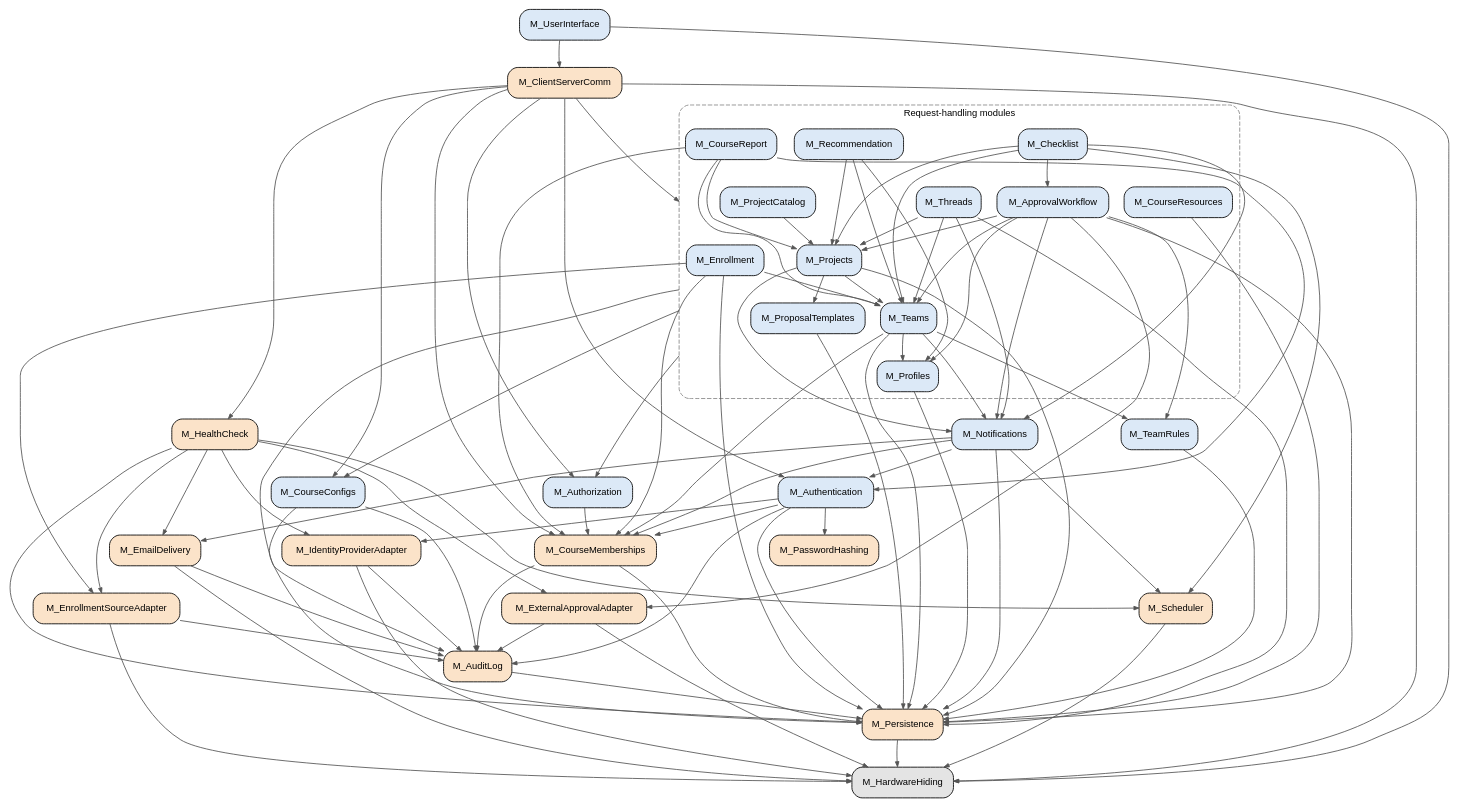
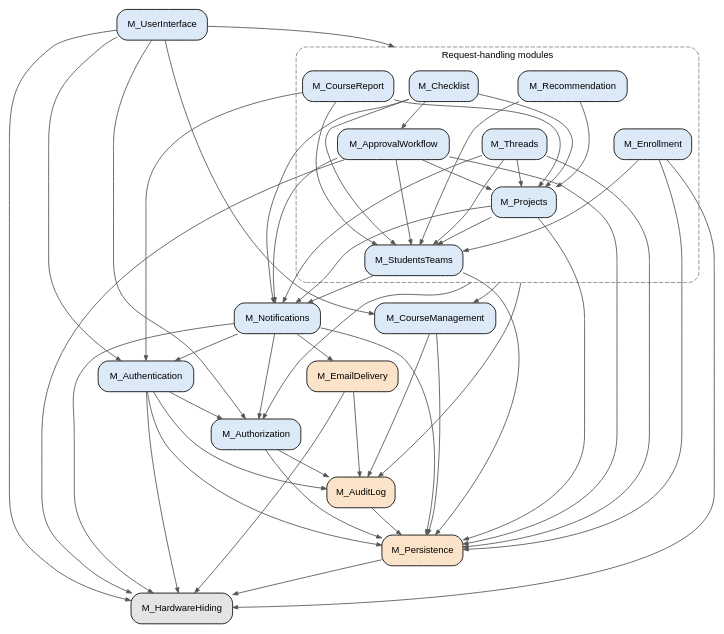
The diagram in docs/Design/SoftArchitecture/UsesHierarchy.dot (Ayushpatel2026/Keystone), drawn with Graphviz before and after one commit. The commit also changed 3 other files, not shown here.

```diff
--- a/docs/Design/SoftArchitecture/UsesHierarchy.dot
+++ b/docs/Design/SoftArchitecture/UsesHierarchy.dot
@@ -1,130 +1,106 @@
 // Uses hierarchy for the Keystone Module Guide (MG.tex, Section "Use Hierarchy
 // Between Modules").
 //
 // An arrow A -> B means "A uses B": A needs a correct B to do its job.
 // Arrows point down. Graphviz works out the layers on its own.
 //
 // The build renders this file to UsesHierarchy.pdf and fails if the graph has
 // a cycle. Preview locally:  dot -Tpdf UsesHierarchy.dot -o UsesHierarchy.pdf
 
 digraph UsesHierarchy {
   compound = true;     // lets an arrow start or end at a box (cluster)
   newrank = true;
   rankdir = TB;
   nodesep = 0.25;
   ranksep = 0.45;
   node [shape = box, style = "rounded,filled", fontname = "Helvetica", fontsize = 11];
   edge [arrowsize = 0.6, color = "#555555"];
 
   // ---------- Modules ----------
   // List each module once, after the colour for its type.
 
   // Behaviour-Hiding
   node [fillcolor = "#dce9f7"];
-  M_UserInterface; M_Authentication; M_Authorization; M_CourseConfigs;
-  M_TeamRules; M_Notifications;
+  M_UserInterface; M_Authentication; M_Authorization; M_CourseManagement;
+  M_Notifications;
 
   // Request-handling modules (also Behaviour-Hiding). Every module in this box
   // uses the three modules the box's outgoing arrows point to.
   subgraph cluster_features {
     label = "Request-handling modules";
     fontname = "Helvetica"; fontsize = 11;
     style = "rounded,dashed"; color = "#888888";
 
-    M_Projects; M_ProjectCatalog; M_ProposalTemplates; M_Teams; M_Profiles;
-    M_Recommendation; M_ApprovalWorkflow; M_Threads; M_Checklist;
-    M_CourseReport; M_CourseResources; M_Enrollment;
+    M_Projects; M_StudentsTeams; M_Recommendation; M_ApprovalWorkflow;
+    M_Threads; M_Checklist; M_CourseReport; M_Enrollment;
   }
 
   // Software Decision
   node [fillcolor = "#fbe3c9"];
-  M_ClientServerComm; M_HealthCheck; M_CourseMemberships; M_Persistence;
-  M_IdentityProviderAdapter; M_EmailDelivery; M_ExternalApprovalAdapter;
-  M_EnrollmentSourceAdapter; M_AuditLog; M_PasswordHashing; M_Scheduler;
+  M_Persistence; M_EmailDelivery; M_AuditLog;
 
   // Hardware-Hiding
   node [fillcolor = "#e4e4e4"];
   M_HardwareHiding;
 
   // ---------- Uses ----------
   // One line per module, listing the modules it uses:
   //   M_A -> { M_B M_C };
 
-  M_UserInterface    -> { M_ClientServerComm M_HardwareHiding };
-
-  M_ClientServerComm -> { M_Authentication M_Authorization M_CourseConfigs
-                          M_CourseMemberships M_HealthCheck M_HardwareHiding };
-  // Into the box: M_ClientServerComm uses every request-handling module.
-  M_ClientServerComm -> M_Projects [lhead = cluster_features];
+  M_UserInterface    -> { M_Authentication M_Authorization M_CourseManagement
+                          M_HardwareHiding };
+  // Into the box: M_UserInterface uses every request-handling module.
+  M_UserInterface    -> M_Checklist [lhead = cluster_features];
 
   // Out of the box: every request-handling module uses these.
-  M_Projects -> M_Authorization [ltail = cluster_features];
-  M_Projects -> M_CourseConfigs [ltail = cluster_features];
-  M_Projects -> M_AuditLog      [ltail = cluster_features];
+  M_Projects -> M_Authorization    [ltail = cluster_features];
+  M_Projects -> M_CourseManagement [ltail = cluster_features];
+  M_Projects -> M_AuditLog         [ltail = cluster_features];
 
   // Request-handling modules, beyond the shared uses above. Only modules that
   // keep their own records use M_Persistence; the others read records through
   // the modules that own them.
-  M_Projects          -> { M_ProposalTemplates M_Teams M_Notifications M_Persistence };
-  M_ProposalTemplates -> { M_Persistence };
-  M_ProjectCatalog    -> { M_Projects };
-  M_Teams             -> { M_TeamRules M_Profiles M_CourseMemberships M_Notifications
-                           M_Persistence };
-  M_Profiles          -> { M_Persistence };
-  M_Recommendation    -> { M_Profiles M_Teams M_Projects };
-  M_ApprovalWorkflow  -> { M_Projects M_Teams M_TeamRules M_Profiles
-                           M_ExternalApprovalAdapter M_Notifications M_Persistence };
-  M_Threads           -> { M_Projects M_Teams M_Notifications M_Persistence };
-  M_Checklist         -> { M_Projects M_Teams M_ApprovalWorkflow
-                           M_Notifications M_Scheduler };
-  M_CourseReport      -> { M_Projects M_Teams M_CourseMemberships M_Authentication };
-  M_CourseResources   -> { M_Persistence };
-  M_Enrollment        -> { M_EnrollmentSourceAdapter M_CourseMemberships M_Teams
-                           M_Persistence };
+  M_Projects          -> { M_StudentsTeams M_Notifications M_Persistence };
+  M_StudentsTeams     -> { M_Notifications M_Persistence };
+  M_Recommendation    -> { M_StudentsTeams M_Projects };
+  M_ApprovalWorkflow  -> { M_Projects M_StudentsTeams M_Notifications
+                           M_Persistence M_HardwareHiding };
+  M_Threads           -> { M_Projects M_StudentsTeams M_Notifications M_Persistence };
+  M_Checklist         -> { M_Projects M_StudentsTeams M_ApprovalWorkflow
+                           M_Notifications };
+  M_CourseReport      -> { M_Projects M_StudentsTeams M_Authentication };
+  M_Enrollment        -> { M_StudentsTeams M_Persistence M_HardwareHiding };
 
   // Other modules.
-  M_Authentication    -> { M_IdentityProviderAdapter M_PasswordHashing
-                           M_CourseMemberships M_AuditLog M_Persistence };
-  M_Authorization     -> { M_CourseMemberships };
-  M_CourseConfigs     -> { M_AuditLog M_Persistence };
-  M_TeamRules         -> { M_Persistence };
-  M_Notifications     -> { M_Authentication M_CourseMemberships M_EmailDelivery
-                           M_Scheduler M_Persistence };
-  M_CourseMemberships -> { M_AuditLog M_Persistence };
-  M_HealthCheck       -> { M_Persistence M_IdentityProviderAdapter M_EmailDelivery
-                           M_ExternalApprovalAdapter M_EnrollmentSourceAdapter
-                           M_Scheduler };
+  M_Authentication    -> { M_Authorization M_AuditLog M_Persistence
+                           M_HardwareHiding };
+  M_Authorization     -> { M_AuditLog M_Persistence };
+  M_CourseManagement  -> { M_AuditLog M_Persistence };
+  M_Notifications     -> { M_Authentication M_Authorization M_EmailDelivery
+                           M_Persistence M_HardwareHiding };
 
-  M_IdentityProviderAdapter -> { M_AuditLog M_HardwareHiding };
-  M_EmailDelivery           -> { M_AuditLog M_HardwareHiding };
-  M_ExternalApprovalAdapter -> { M_AuditLog M_HardwareHiding };
-  M_EnrollmentSourceAdapter -> { M_AuditLog M_HardwareHiding };
-
-  M_AuditLog    -> { M_Persistence };
-  M_Persistence -> { M_HardwareHiding };
-  M_Scheduler   -> { M_HardwareHiding };
+  M_EmailDelivery -> { M_AuditLog M_HardwareHiding };
+  M_AuditLog      -> { M_Persistence };
+  M_Persistence   -> { M_HardwareHiding };
 
   // ---------- Layout only (no effect on the uses relation) ----------
   // Rows, top to bottom. Keep each row to about four modules, and put every
   // module in a row below all the modules that use it, so arrows point down.
   // The invisible arrows keep the rows in this order.
   { rank = same; M_UserInterface; }
-  { rank = same; M_ClientServerComm; }
   { rank = same; M_Checklist; M_Recommendation; M_CourseReport; }
-  { rank = same; M_ApprovalWorkflow; M_Threads; M_ProjectCatalog; M_CourseResources; }
-  { rank = same; M_Projects; M_Enrollment; }
-  { rank = same; M_Teams; M_ProposalTemplates; }
-  { rank = same; M_Profiles; }
-  { rank = same; M_HealthCheck; M_Notifications; M_TeamRules; }
-  { rank = same; M_Authentication; M_Authorization; M_CourseConfigs; }
-  { rank = same; M_CourseMemberships; M_IdentityProviderAdapter; M_EmailDelivery; M_PasswordHashing; }
-  { rank = same; M_ExternalApprovalAdapter; M_EnrollmentSourceAdapter; M_Scheduler; }
+  { rank = same; M_ApprovalWorkflow; M_Threads; M_Enrollment; }
+  { rank = same; M_Projects; }
+  { rank = same; M_StudentsTeams; }
+  { rank = same; M_Notifications; M_CourseManagement; }
+  { rank = same; M_Authentication; M_EmailDelivery; }
+  { rank = same; M_Authorization; }
   { rank = same; M_AuditLog; }
   { rank = same; M_Persistence; }
   { rank = same; M_HardwareHiding; }
 
-  M_UserInterface -> M_ClientServerComm -> M_Checklist -> M_ApprovalWorkflow
-    -> M_Projects -> M_Teams -> M_Profiles -> M_Notifications
-    -> M_Authorization -> M_CourseMemberships -> M_ExternalApprovalAdapter
-    -> M_AuditLog -> M_Persistence -> M_HardwareHiding [style = invis];
+  M_UserInterface -> M_Checklist -> M_ApprovalWorkflow -> M_Projects
+    -> M_StudentsTeams -> M_Notifications -> M_Authentication
+    -> M_Authorization -> M_AuditLog -> M_Persistence -> M_HardwareHiding
+    [style = invis];
 }
```
